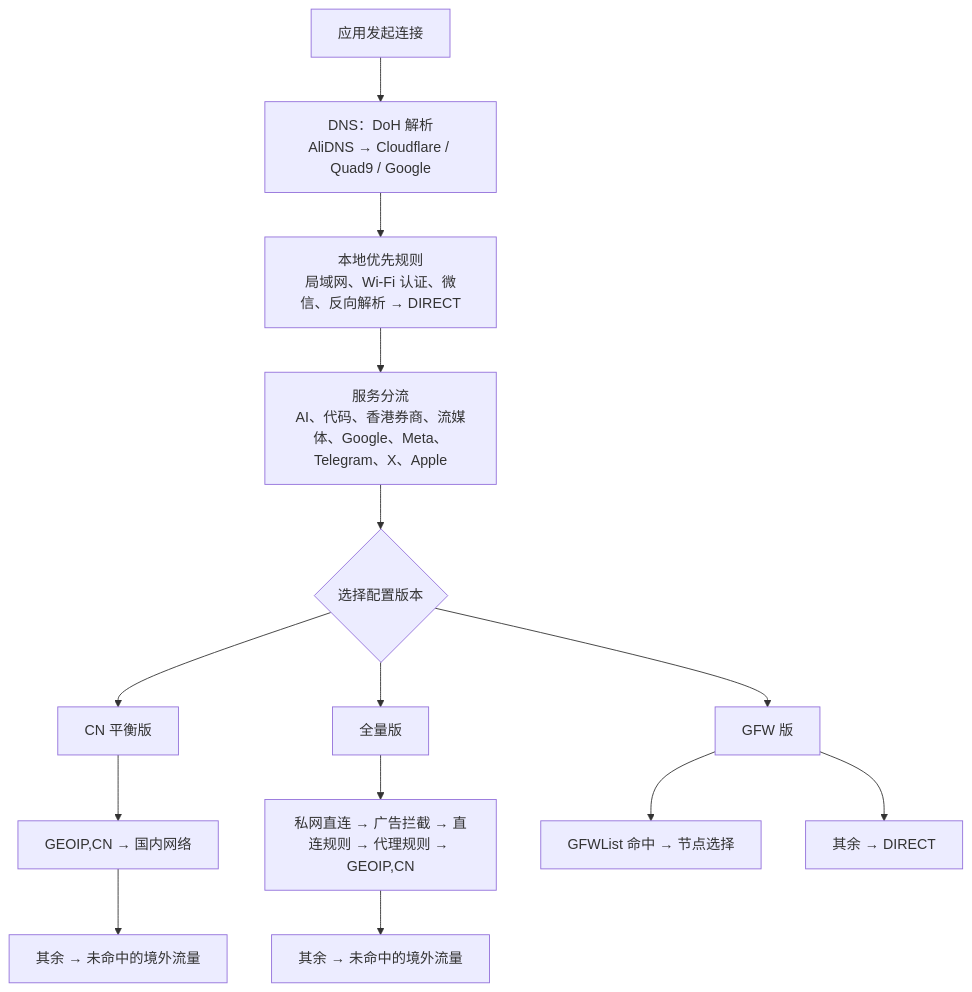
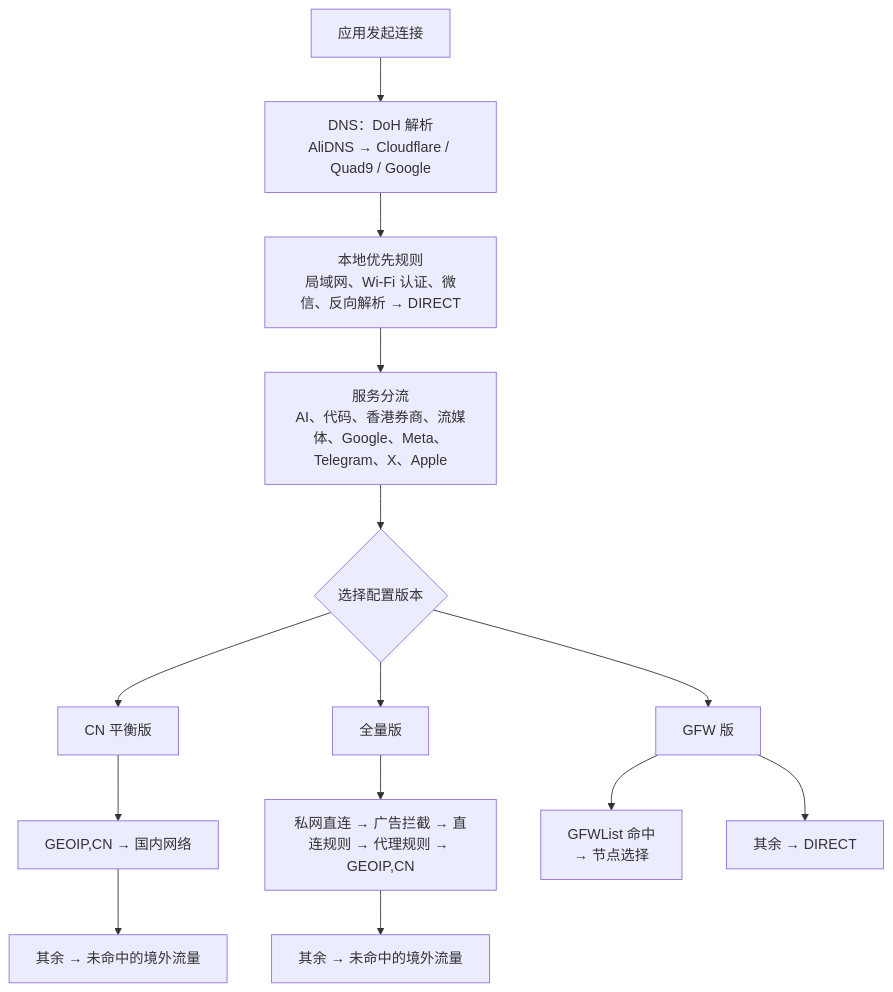
One commit to ianzo0/Shadowrocket-Rule changed the diagram in README.md. Above: the diagram before and after it, drawn with Mermaid.

Commit message:
Improve GFW flowchart label

````diff
--- a/README.md
+++ b/README.md
@@ -59,16 +59,16 @@
 ```mermaid
 flowchart TD
   A["应用发起连接"] --> B["DNS：DoH 解析<br/>AliDNS → Cloudflare / Quad9 / Google"]
   B --> C["本地优先规则<br/>局域网、Wi-Fi 认证、微信、反向解析 → DIRECT"]
   C --> D["服务分流<br/>AI、代码、香港券商、流媒体、Google、Meta、Telegram、X、Apple"]
   D --> E{"选择配置版本"}
   E --> CN["CN 平衡版"]
   E --> FULL["全量版"]
   E --> GFW["GFW 版"]
   CN --> CN1["GEOIP,CN → 国内网络"]
   CN1 --> CN2["其余 → 未命中的境外流量"]
   FULL --> F1["私网直连 → 广告拦截 → 直连规则 → 代理规则 → GEOIP,CN"]
   F1 --> F2["其余 → 未命中的境外流量"]
-  GFW --> G1["GFWList 命中 → 节点选择"]
+  GFW --> G1["GFWList 命中<br/>→ 节点选择"]
   GFW --> G2["其余 → DIRECT"]
 ```
````
